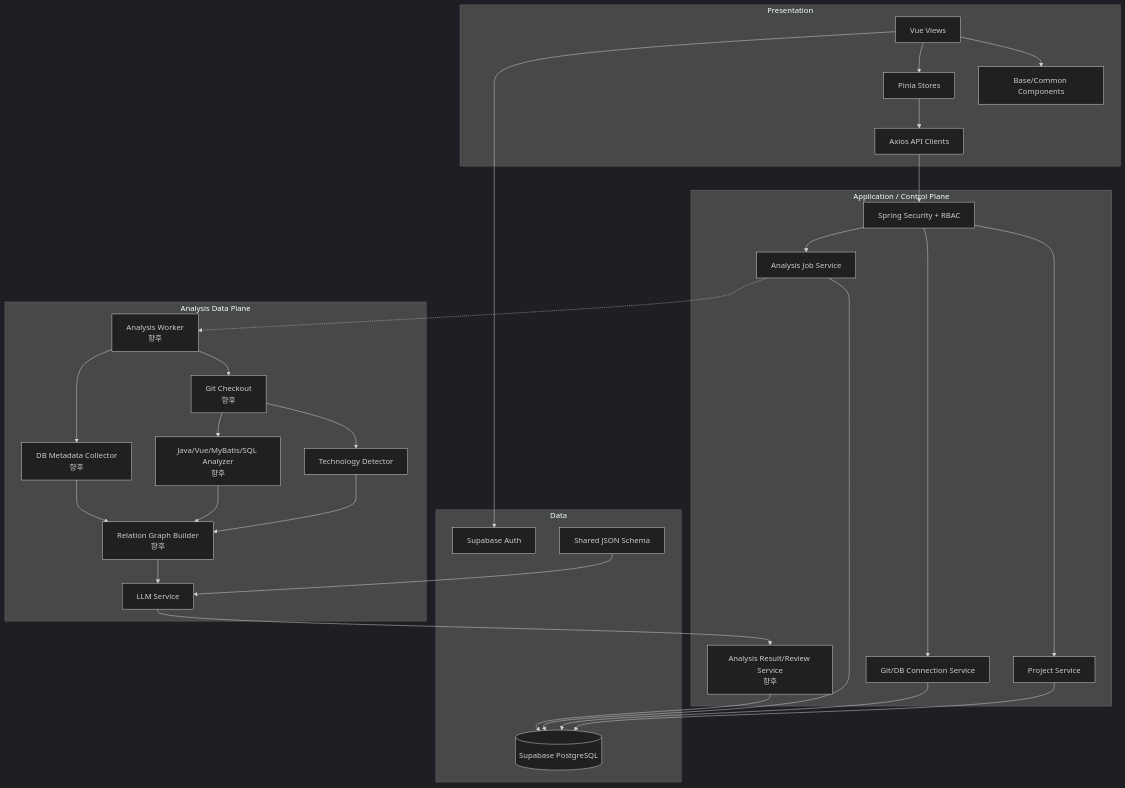
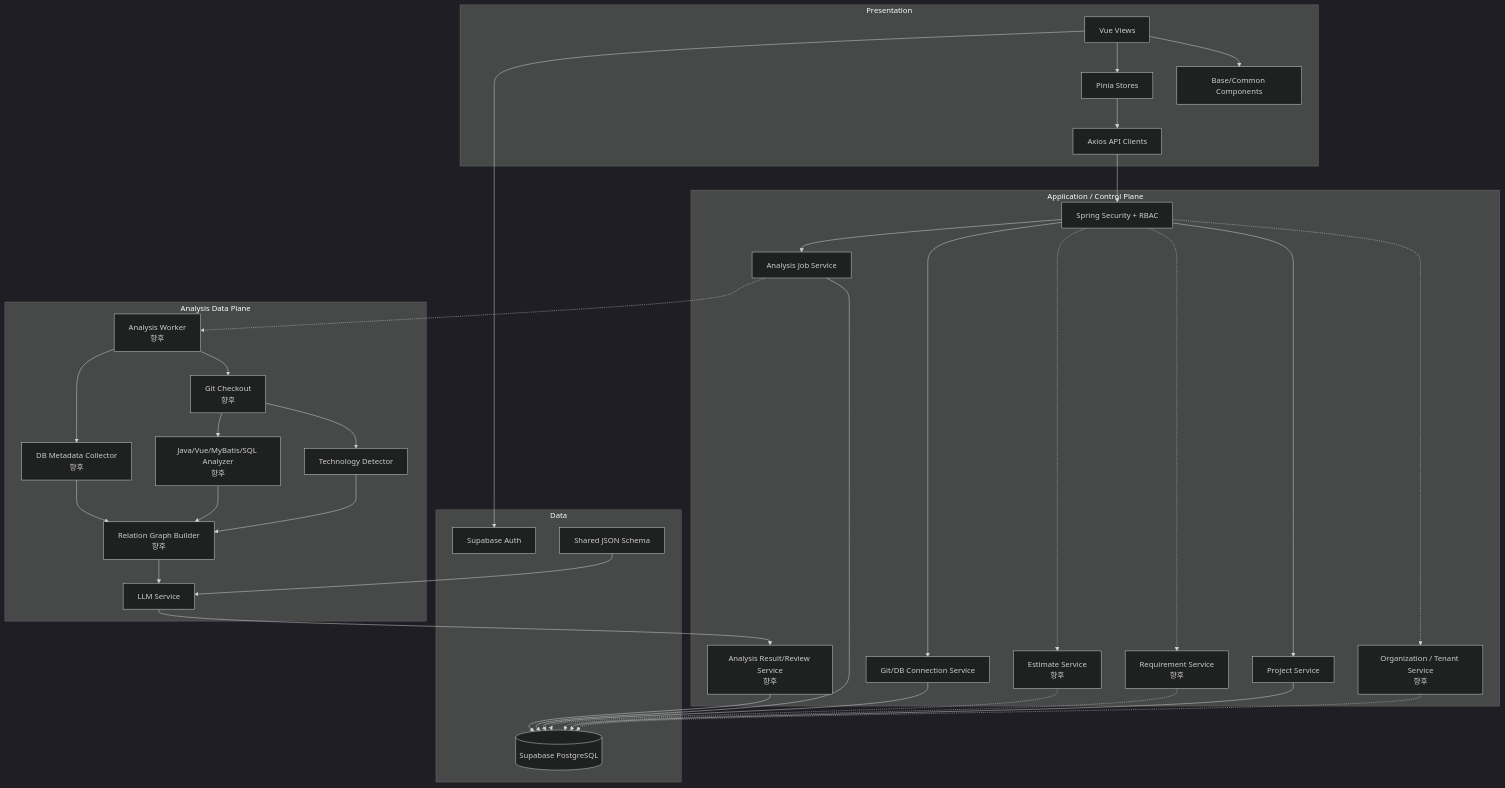
The second of 12 diagrams in docs/02_시스템_아키텍처.md (KimAgHuge/hackathon-ai), drawn with Mermaid (dark theme) before and after one commit. The commit also changed other lines of this file and 3 other files, not shown here.

````diff
--- a/docs/02_시스템_아키텍처.md
+++ b/docs/02_시스템_아키텍처.md
@@ -75,57 +95,66 @@
 ```mermaid
 flowchart TB
     subgraph PRESENTATION["Presentation"]
         VIEW["Vue Views"]
         COMP["Base/Common Components"]
         STORE["Pinia Stores"]
         CLIENT["Axios API Clients"]
     end
 
     subgraph APPLICATION["Application / Control Plane"]
         SECURITY["Spring Security + RBAC"]
+        TENANT["Organization / Tenant Service<br/>향후"]
         PROJECT["Project Service"]
+        REQUIREMENT["Requirement Service<br/>향후"]
+        ESTIMATE["Estimate Service<br/>향후"]
         CONNECTION["Git/DB Connection Service"]
         JOB["Analysis Job Service"]
         RESULT["Analysis Result/Review Service<br/>향후"]
     end
 
     subgraph ANALYSIS["Analysis Data Plane"]
         WORKER["Analysis Worker<br/>향후"]
         CHECKOUT["Git Checkout<br/>향후"]
         TECH["Technology Detector"]
         SOURCE["Java/Vue/MyBatis/SQL Analyzer<br/>향후"]
         META["DB Metadata Collector<br/>향후"]
         GRAPH["Relation Graph Builder<br/>향후"]
         LLM["LLM Service"]
     end
 
     subgraph DATA["Data"]
         AUTHDB["Supabase Auth"]
         POSTGRES[("Supabase PostgreSQL")]
         SCHEMA["Shared JSON Schema"]
     end
 
     VIEW --> COMP
     VIEW --> STORE
     STORE --> CLIENT
     CLIENT --> SECURITY
+    SECURITY -.-> TENANT
     SECURITY --> PROJECT
+    SECURITY -.-> REQUIREMENT
+    SECURITY -.-> ESTIMATE
     SECURITY --> CONNECTION
     SECURITY --> JOB
+    TENANT -.-> POSTGRES
     PROJECT --> POSTGRES
+    REQUIREMENT -.-> POSTGRES
+    ESTIMATE -.-> POSTGRES
     CONNECTION --> POSTGRES
     JOB --> POSTGRES
     JOB -.-> WORKER
     WORKER --> CHECKOUT
     CHECKOUT --> TECH
     CHECKOUT --> SOURCE
     WORKER --> META
     TECH --> GRAPH
     SOURCE --> GRAPH
     META --> GRAPH
     GRAPH --> LLM
     LLM --> RESULT
     RESULT --> POSTGRES
     SCHEMA --> LLM
     VIEW --> AUTHDB
 ```
````
